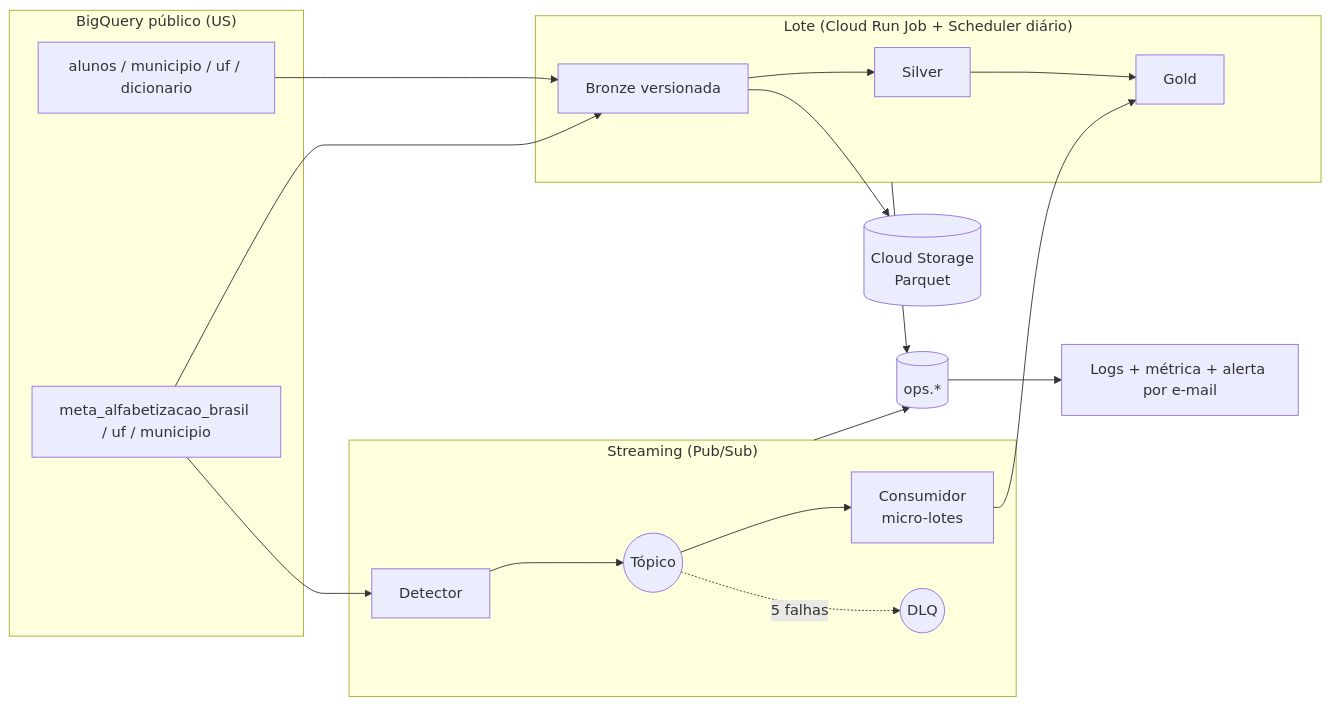
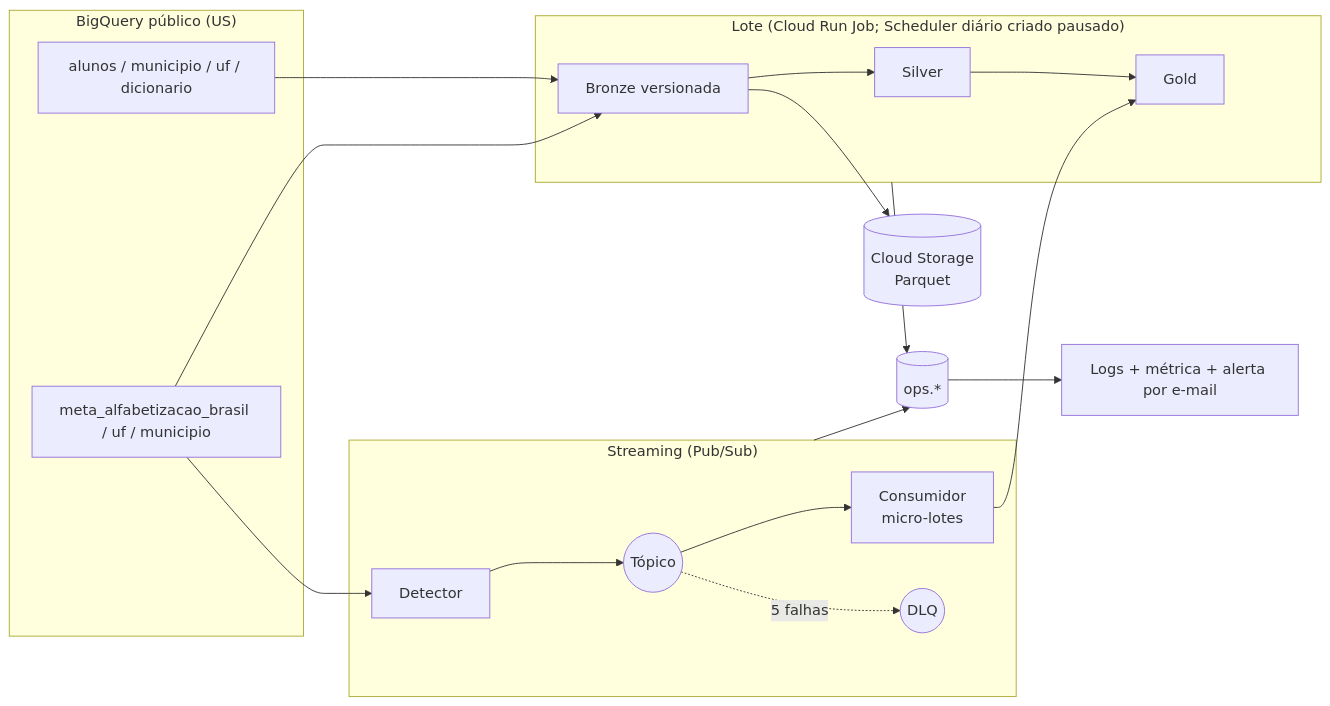
One commit to GisellyOliveira/TechChallenge-FIAP02 changed the diagram in README.md. Above: the diagram before and after it, drawn with Mermaid. The commit also changed other lines of this file and 2 other files, not shown here.

````diff
--- a/README.md
+++ b/README.md
@@ -25,21 +52,21 @@
 ```mermaid
 flowchart LR
   subgraph Fonte["BigQuery público (US)"]
     A[alunos / municipio / uf / dicionario]
     M[meta_alfabetizacao_brasil / uf / municipio]
   end
-  subgraph Lote["Lote (Cloud Run Job + Scheduler diário)"]
+  subgraph Lote["Lote (Cloud Run Job; Scheduler diário criado pausado)"]
     B[Bronze versionada] --> S[Silver] --> G[Gold]
   end
   subgraph Stream["Streaming (Pub/Sub)"]
     D[Detector] --> T((Tópico)) --> C[Consumidor<br/>micro-lotes] --> G
     T -. 5 falhas .-> DLQ((DLQ))
   end
   A --> B
   M --> B
   M --> D
   B --> P[(Cloud Storage<br/>Parquet)]
   Lote --> O[(ops.*)]
   Stream --> O
   O --> L[Logs + métrica + alerta por e-mail]
 ```
````
